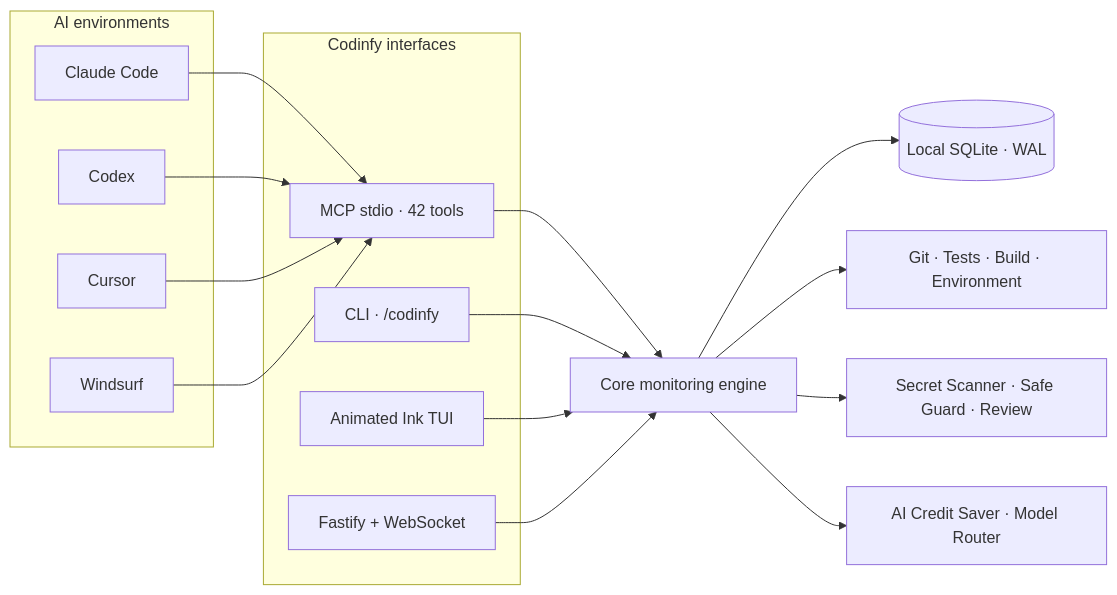
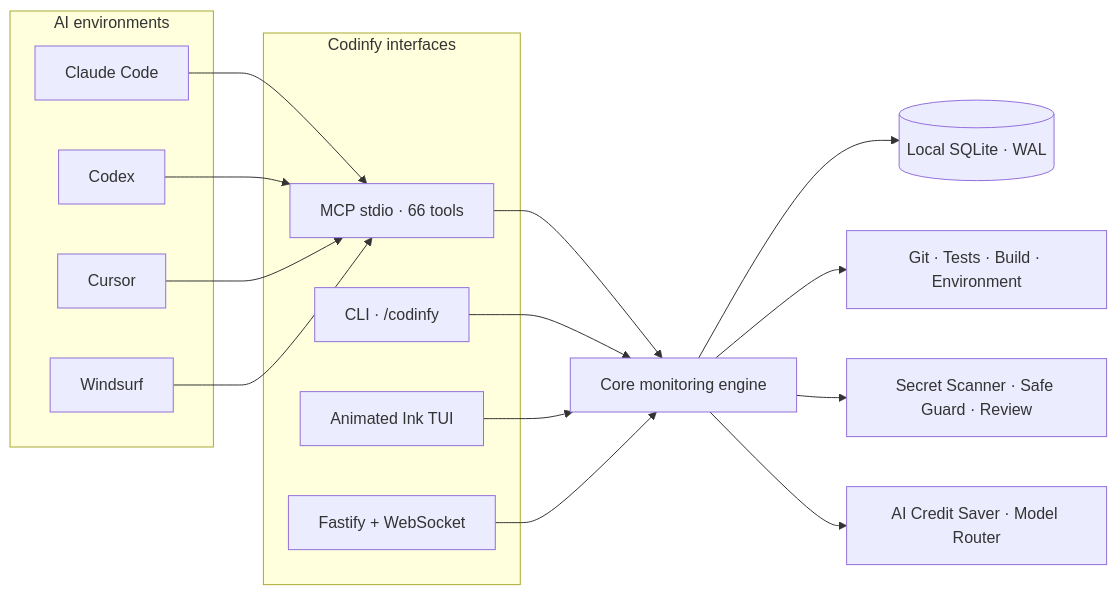
Before and after one commit to bakalagoin/codinfy-agent-monitor: the diagram in README.md, drawn with Mermaid. The commit also changed other lines of this file and 64 other files, not shown here.

````diff
--- a/README.md
+++ b/README.md
@@ -322,29 +362,29 @@
 ```mermaid
 flowchart LR
   subgraph Hosts[AI environments]
     Claude[Claude Code]
     Codex[Codex]
     Cursor[Cursor]
     Windsurf[Windsurf]
   end
 
   subgraph Interfaces[Codinfy interfaces]
-    MCP[MCP stdio · 42 tools]
+    MCP[MCP stdio · 66 tools]
     CLI[CLI · /codinfy]
     TUI[Animated Ink TUI]
     WEB[Fastify + WebSocket]
   end
 
   CORE[Core monitoring engine]
   DB[(Local SQLite · WAL)]
   OPS[Git · Tests · Build · Environment]
   TRUST[Secret Scanner · Safe Guard · Review]
   ROUTER[AI Credit Saver · Model Router]
 
   Claude & Codex & Cursor & Windsurf --> MCP
   MCP & CLI & TUI & WEB --> CORE
   CORE --> DB
   CORE --> OPS
   CORE --> TRUST
   CORE --> ROUTER
 ```
````
